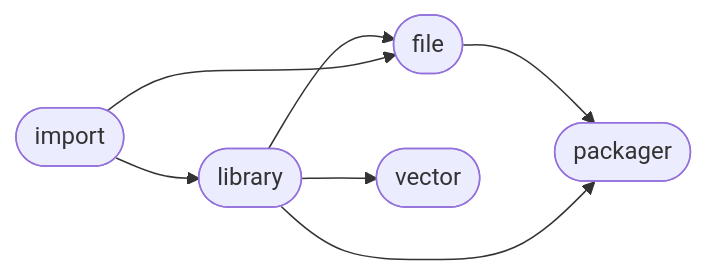
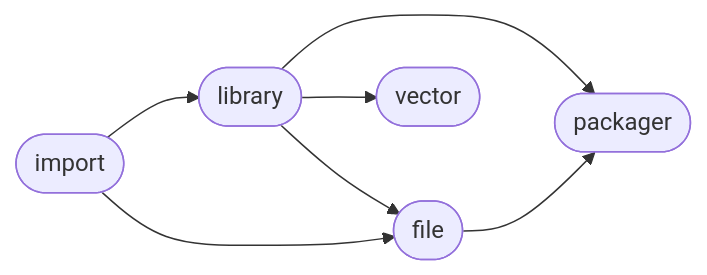
Before and after one commit to Mandera/Mandera: the diagram in README.md, drawn with Mermaid. The commit also changed other lines of this file, not shown here.

````diff
--- a/README.md
+++ b/README.md
@@ -6,14 +6,14 @@
 ```mermaid
 flowchart LR
-2([file]) --> 4([packager])
-1([library]) --> 2([file])
+1([library]) --> 4([packager])
 0([import]) --> 1([library])
 1([library]) --> 3([vector])
-1([library]) --> 4([packager])
+1([library]) --> 2([file])
+2([file]) --> 4([packager])
 0([import]) --> 2([file])
 click 0 "https://github.com/ManderaGeneral/generalimport"
 click 1 "https://github.com/ManderaGeneral/generallibrary"
 click 2 "https://github.com/ManderaGeneral/generalfile"
 click 3 "https://github.com/ManderaGeneral/generalvector"
 click 4 "https://github.com/ManderaGeneral/generalpackager"
 ```
````
